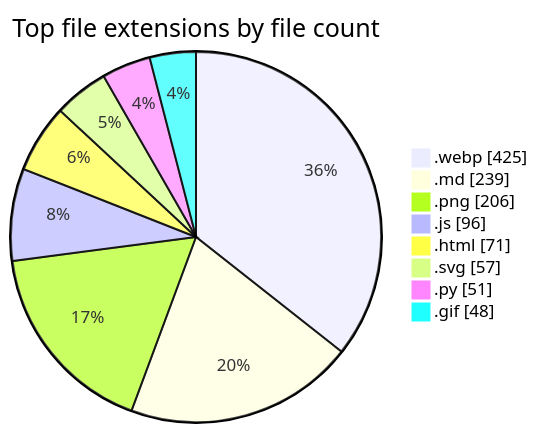
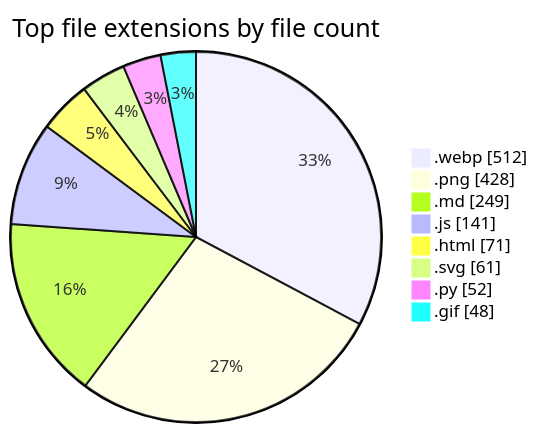
The second of 2 diagrams in README.md (tchinso/tchinso), drawn with Mermaid before and after one commit. The commit also changed other lines of this file, not shown here.

````diff
--- a/README.md
+++ b/README.md
@@ -53,12 +53,12 @@
 ```mermaid
 pie showData
     title Top file extensions by file count
-    ".webp" : 425
-    ".md" : 239
-    ".png" : 206
-    ".js" : 96
+    ".webp" : 512
+    ".png" : 428
+    ".md" : 249
+    ".js" : 141
     ".html" : 71
-    ".svg" : 57
-    ".py" : 51
+    ".svg" : 61
+    ".py" : 52
     ".gif" : 48
 ```
````
